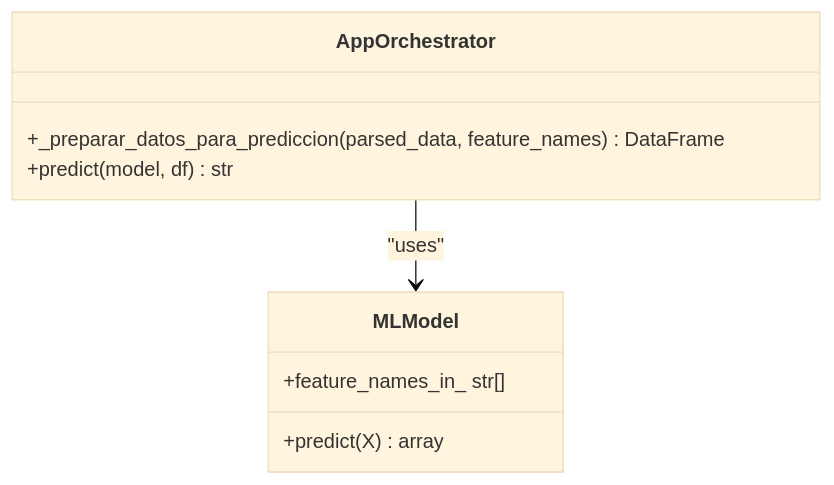
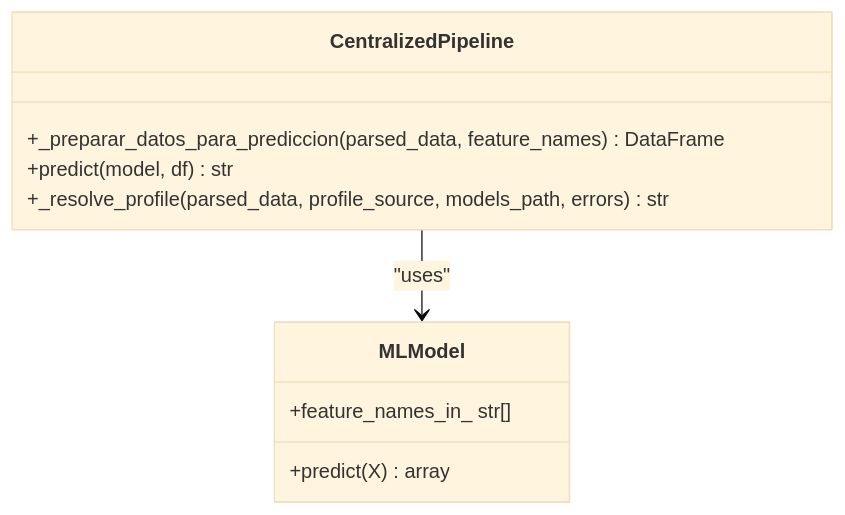
One commit to AgusCatra/Proyecto-titan.v2 changed the fourth of 7 diagrams in .qoder/repowiki/en/content/Desktop Application/Core Workflows and Operations/PDF Processing Workflow.md. Above: the diagram before and after it, drawn with Mermaid (base theme). The commit also changed other lines of this file and 36 other files, not shown here.

````diff
--- a/.qoder/repowiki/en/content/Desktop Application/Core Workflows and Operations/PDF Processing Workflow.md
+++ b/.qoder/repowiki/en/content/Desktop Application/Core Workflows and Operations/PDF Processing Workflow.md
@@ -211,12 +254,13 @@
 ```mermaid
 classDiagram
-class AppOrchestrator {
+class CentralizedPipeline {
 +_preparar_datos_para_prediccion(parsed_data, feature_names) DataFrame
 +predict(model, df) str
++_resolve_profile(parsed_data, profile_source, models_path, errors) str
 }
 class MLModel {
 +feature_names_in_ str[]
 +predict(X) array
 }
-AppOrchestrator --> MLModel : "uses"
+CentralizedPipeline --> MLModel : "uses"
 ```
````
